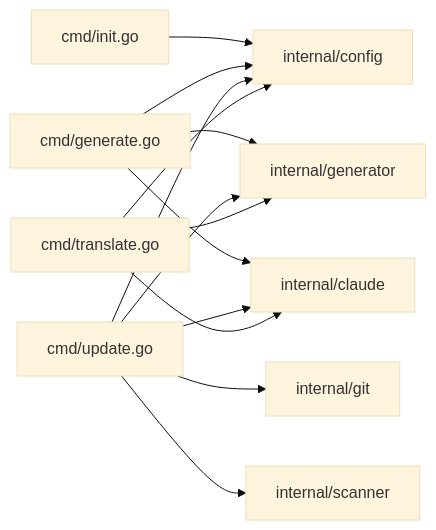
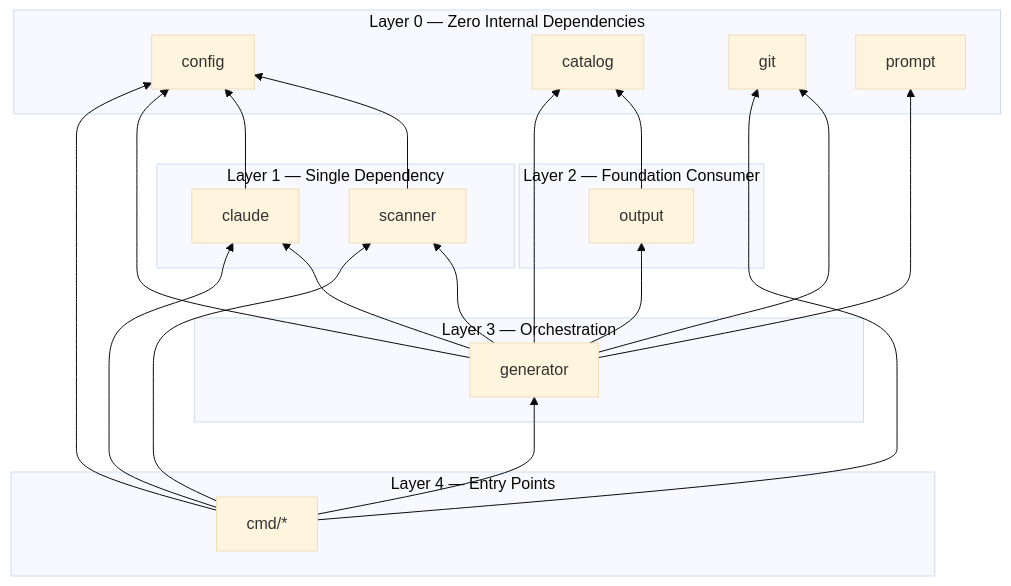
One commit to monkenWu/selfmd-claude-code changed the second of 4 diagrams in docs/architecture/module-dependencies/index.md. Above: the diagram before and after it, drawn with Mermaid (base theme). The commit also changed other lines of this file and 145 other files, not shown here.

````diff
--- a/docs/architecture/module-dependencies/index.md
+++ b/docs/architecture/module-dependencies/index.md
@@ -344,15 +65,42 @@
 ```mermaid
-flowchart LR
-    cmd_init["cmd/init.go"] --> config["internal/config"]
-    cmd_gen["cmd/generate.go"] --> generator["internal/generator"]
-    cmd_gen --> claude["internal/claude"]
-    cmd_gen --> config
-    cmd_update["cmd/update.go"] --> generator
-    cmd_update --> claude
-    cmd_update --> config
-    cmd_update --> git["internal/git"]
-    cmd_update --> scanner["internal/scanner"]
-    cmd_translate["cmd/translate.go"] --> generator
-    cmd_translate --> claude
-    cmd_translate --> config
+flowchart BT
+    subgraph Layer0["Layer 0 — Zero Internal Dependencies"]
+        config["config"]
+        catalog["catalog"]
+        gitpkg["git"]
+        prompt["prompt"]
+    end
+
+    subgraph Layer1["Layer 1 — Single Dependency"]
+        scanner["scanner"]
+        claude["claude"]
+    end
+
+    subgraph Layer2["Layer 2 — Foundation Consumer"]
+        output["output"]
+    end
+
+    subgraph Layer3["Layer 3 — Orchestration"]
+        generator["generator"]
+    end
+
+    subgraph Layer4["Layer 4 — Entry Points"]
+        cmd["cmd/*"]
+    end
+
+    scanner --> config
+    claude --> config
+    output --> catalog
+    generator --> config
+    generator --> scanner
+    generator --> catalog
+    generator --> claude
+    generator --> prompt
+    generator --> output
+    generator --> gitpkg
+    cmd --> generator
+    cmd --> config
+    cmd --> claude
+    cmd --> scanner
+    cmd --> gitpkg
 ```
````
